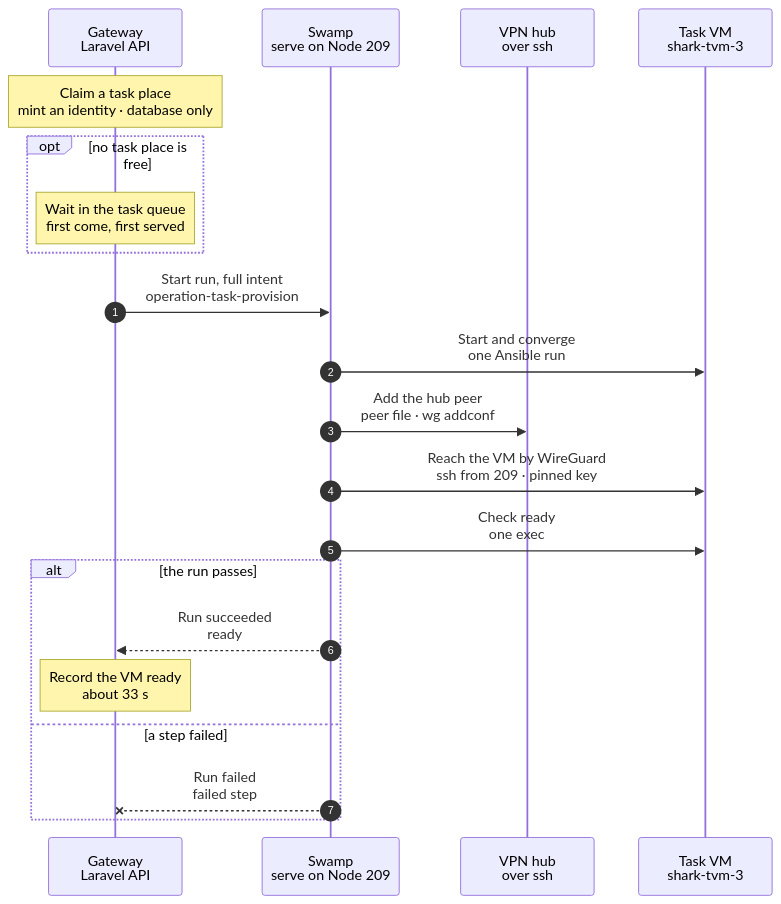
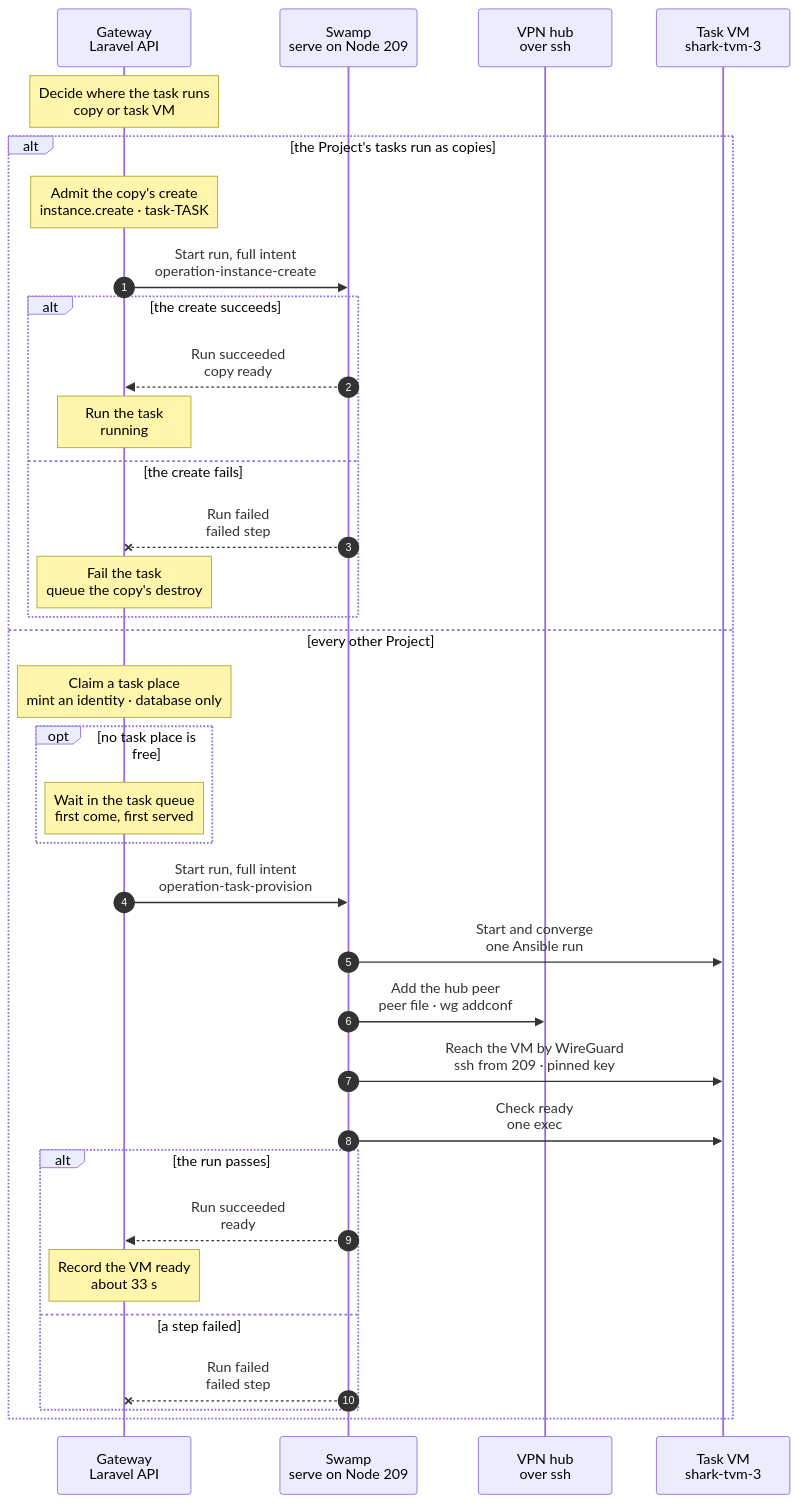
Before and after one commit to hardimpactdev/orbit: the diagram in docs/cli/task/start.mmd, drawn with Mermaid. The commit also changed 6 other files, not shown here.

Commit message:
docs(tasks): a task of a nested-fleet Project starts as a copy of its default

```diff
--- a/docs/cli/task/start.mmd
+++ b/docs/cli/task/start.mmd
@@ -1,5 +1,6 @@
 sequenceDiagram
   %% Target design (agreed with Nick, 2026-11-07): a task start copies the host's base VM snapshot and gives the copy a fresh identity. There are no fixed VM identities: a place is only room under the host's capacity (`task_places`), and the VM is named `<host>-tvm-<n>` by its place number.
+  %% Orchestrator 2026-11-13: a task of a nested-fleet Project starts as a copy of its default Instance instead: a clone `task-<id>` that the task owns. Task VMs stay off in the live fleet.
   %% status: draft
   %% command: task:start
   %% kind: tasks.provision
@@ -12,62 +13,92 @@
   participant SW as Swamp<br/>serve on Node 209
   participant HUB as VPN hub<br/>over ssh
   participant VM as Task VM<br/>shark-tvm-3
-  Note over GW: Claim a task place<br/>mint an identity · database only
-  %%> Started by:
-  %%> - `task:start` for a todo group, from proof CI or feature work
-  %%> Result:
-  %%> - a group of a Project with `nested_fleet` on is refused at once with `operation.kind_unavailable` (503): no place, identity, workspace, wait or Operation is recorded, because only `instance:create` makes Instances of such a Project, as containers; a waiting Operation that reaches the claim fails with the same code
-  %%> - a group of any Project but the proof Project is refused at once with `task_vm.project_unsupported`: the base carries only the proof Project's checkout, so no free place can serve it, and it never joins the wait queue
-  %%> - a task place in the separate task pool; a full pool waits up to two hours without an identity or workspace
-  %%> - the lowest free place number under the capacity of the host with the most room: `shark-tvm-3`
-  %%> - a fresh identity: the Node record with its `app-dev` role, a WireGuard key pair, the agent secret and an SSH host key, pinned on the Node from the start so nothing is read back
-  %%> - the claim's Pi token and Pi models file in the vault; the file holds the model router guard origin and the one fixed model key, the same for every VM
-  opt no task place is free
-    Note over GW: Wait in the task queue<br/>first come, first served
+  Note over GW: Decide where the task runs<br/>copy or task VM
+  %%> What it does:
+  %%> - `InstancePlacement::taskRuntime` reads the Project's `nested_fleet` flag once: on, the task starts as a copy of the Project's default Instance; off, it takes a task VM
+  %%> - no other step reads the flag; the task VM steps refuse a copy Project as before
+  alt the Project's tasks run as copies
+    Note over GW: Admit the copy's create<br/>instance.create · task-TASK
+    %%> Requirements:
+    %%> - the task is in todo and holds no workspace; otherwise `tasks.not_todo` or `tasks.group_closed`
+    %%> - the Project's default Instance is active and running, with a seed snapshot; otherwise HTTP 409 `tasks.copy_source_unavailable`, also for a stopped default, and nothing is recorded
+    %%> - no Instance is named `task-TASK` yet; otherwise `tasks.copy_name_taken`
+    %%> - the default's Node holds fewer task copies than the Gateway's `ORBIT_TASKS_COPIES_MAX` (default 1); every copy that a task owns counts, also one that fails or is being destroyed; otherwise `tasks.copy_capacity_full`, with no wait
     %%> What it does:
-    %%> - records the Operation as `waiting`, with the caller's request as its input; no VM, identity or workspace yet
-    %%> - retries the claim every 20 s, in queue order, for up to two hours; then fails with `tasks.capacity_timeout`
-    %%> Returns:
-    %%> - `operation:show` gives the input, `poll_after_seconds` 20 and `capacity_wait`: the queue position and the groups that hold the task places, each with its status and last activity
-    %%> - `task:show` gives the same `capacity_wait` on the group; `task:status` gives the places of every host and the whole queue
-    %%> Next:
-    %%> - a place frees when a holder publishes, ends or is cancelled; the claim then runs as above
+    %%> - one transaction: the clone `task-TASK` on branch `task-TASK`, owned by the task and bound to it, the task `reserved`, and the `instance.create` Operation that `task:start` returns and follows
+    %%> - Swamp starts the run only after that commit: a Gateway that stops before it leaves no record and no run
+    %%> Result:
+    %%> - the create runs as every clone's does: the copy of the default's seed, its inner fleet when the Project has one, its T3 server registered with Conn (the container create chart)
+    %%> - the copy's agent gets the fixed task model key, as every clone does: it is not per task
+    GW->>SW: Start run, full intent<br/>operation-instance-create
+    alt the create succeeds
+      SW-->>GW: Run succeeded<br/>copy ready
+      Note over GW: Run the task<br/>running
+    else the create fails
+      SW--xGW: Run failed<br/>failed step
+      Note over GW: Fail the task<br/>queue the copy's destroy
+      %%> On failure:
+      %%> - the task is `failed` and still owns the copy; a queued job admits `instance:destroy` of the copy with force
+      %%> - when that destroy fails, or the run never reported, the task keeps the copy: `task:cancel` admits the destroy again, and `orbit instance:destroy ID --yes --force` does too
+    end
+  else every other Project
+    Note over GW: Claim a task place<br/>mint an identity · database only
+    %%> Started by:
+    %%> - `task:start` for a todo group, from proof CI or feature work
+    %%> Result:
+    %%> - the claim itself refuses a Project with `nested_fleet` on with `operation.kind_unavailable` (503), for the other kinds that claim a place, such as `tasks.prep`: no place, identity, workspace, wait or Operation is recorded; a waiting Operation that reaches the claim fails with the same code
+    %%> - a group of any Project but the proof Project is refused at once with `task_vm.project_unsupported`: the base carries only the proof Project's checkout, so no free place can serve it, and it never joins the wait queue
+    %%> - a task place in the separate task pool; a full pool waits up to two hours without an identity or workspace
+    %%> - the lowest free place number under the capacity of the host with the most room: `shark-tvm-3`
+    %%> - a fresh identity: the Node record with its `app-dev` role, a WireGuard key pair, the agent secret and an SSH host key, pinned on the Node from the start so nothing is read back
+    %%> - the claim's Pi token and Pi models file in the vault; the file holds the model router guard origin and the one fixed model key, the same for every VM
+    opt no task place is free
+      Note over GW: Wait in the task queue<br/>first come, first served
+      %%> What it does:
+      %%> - records the Operation as `waiting`, with the caller's request as its input; no VM, identity or workspace yet
+      %%> - retries the claim every 20 s, in queue order, for up to two hours; then fails with `tasks.capacity_timeout`
+      %%> Returns:
+      %%> - `operation:show` gives the input, `poll_after_seconds` 20 and `capacity_wait`: the queue position and the groups that hold the task places, each with its status and last activity
+      %%> - `task:show` gives the same `capacity_wait` on the group; `task:status` gives the places of every host and the whole queue
+      %%> Next:
+      %%> - a place frees when a holder publishes, ends or is cancelled; the claim then runs as above
+    end
+    GW->>SW: Start run, full intent<br/>operation-task-provision
+    SW->>VM: Start and converge<br/>one Ansible run
+    %%> What it does:
+    %%> - one `ansible-playbook` run with two parts, and no second start: the host part runs on the task VM host over ssh, then the converge runs on the VM over WireGuard
+    %%> - host part: `incus copy` of the base VM's recorded snapshot and a clone of its seed snapshot (ZFS clones); an identity volume of the VM with the identity and the claim (the Pi token and the Pi models file), pushed from the vault on stdin; then `incus start`. It waits for nothing in the guest
+    %%> - Pi calls the guard with the fixed key from the VM's own WireGuard address; the start makes no model router call and registers no key
+    %%> - at boot, the base's `orbit-identity` unit applies the identity volume before sshd, WireGuard and the agent start, then unmounts it; sshd answers over WireGuard about 12 s after the start (measured 2026-11-07)
+    %%> - the containers start by themselves (`boot.autostart`) and already hold the proof Swamp Club key of the base
+    %%> - converge part: the same Ansible converge as the release refresh, with the address and host key of the admission; it waits up to 300 s for a successful SSH connection over WireGuard, polling every second, then waits for cloud-init; a fast boot continues at once
+    %%> - the glue is one write of the intent and the step that builds the playbook input and starts Ansible; nothing is read from the host
+    %%> - with no delta every part is skipped, each phase as one skipped task (a dynamic include), and it catches up a small delta when main moved since the last release
+    %%> - the nested Gateway's services restart only when `apps/gateway` changed since the base, and its agent delivery manifest is placed only when the pinned agent build changed; a commit that changes neither does neither
+    %%> - the containers' `base` snapshots belong to the refresh: a task start never retakes them
+    %%> - then the new task branch on the checkout; it waits for no nested service
+    SW->>HUB: Add the hub peer<br/>peer file · wg addconf
+    %%> Runs beside the step before it: Swamp starts both at once.
+    %%> What it does:
+    %%> - the VM's public key and address on the WireGuard hub, while the VM boots; the converge part waits for the connection, and the readiness steps below wait for this step
+    SW->>VM: Reach the VM by WireGuard<br/>ssh from 209 · pinned key
+    %%> What it does:
+    %%> - the path every later step takes (sync, check, turn, script): ssh from a Swamp worker to the VM's WireGuard address with its pinned host key
+    %%> - runs beside the readiness read
+    SW->>VM: Check ready<br/>one exec
+    %%> What it does:
+    %%> - what a task needs: the agent, Pi, the tunnel and the three containers running; Swamp's `assert` decides
+    %%> - the tunnel counts as up once WireGuard has a handshake with the hub; the hub answers no ping from a task VM
+    alt the run passes
+      SW-->>GW: Run succeeded<br/>ready
+      Note over GW: Record the VM ready<br/>about 33 s
+      %%> Measured 2026-11-07, three starts on a current base: 32-34 s from admission to ready, above the earlier target of 10-15 s:
+      %%> - Swamp writes the intent 1 s; the Ansible run 28 s: its own start 2 s, host part 8 s, wait for sshd 12 s, converge 6 s; the playbook input is removed 2 s; readiness 2 s
+      %%> - what is left to cut: the wait for sshd (VM boot) and the host part (about 14 `incus` calls for the identity)
+      %%> - one start with a commit three commits past the base, with a changed migration, took 45 s: the nested Gateway's migrate 7 s and restart 1 s, and the rest in the checkout and the delta's work
+    else a step failed
+      SW--xGW: Run failed<br/>failed step
+      %%> On failure:
+      %%> - the release runs: the VM, its seed clone, its identity volume, the hub peer, the keys and the Node record go, and the place is free
+    end
   end
-  GW->>SW: Start run, full intent<br/>operation-task-provision
-  SW->>VM: Start and converge<br/>one Ansible run
-  %%> What it does:
-  %%> - one `ansible-playbook` run with two parts, and no second start: the host part runs on the task VM host over ssh, then the converge runs on the VM over WireGuard
-  %%> - host part: `incus copy` of the base VM's recorded snapshot and a clone of its seed snapshot (ZFS clones); an identity volume of the VM with the identity and the claim (the Pi token and the Pi models file), pushed from the vault on stdin; then `incus start`. It waits for nothing in the guest
-  %%> - Pi calls the guard with the fixed key from the VM's own WireGuard address; the start makes no model router call and registers no key
-  %%> - at boot, the base's `orbit-identity` unit applies the identity volume before sshd, WireGuard and the agent start, then unmounts it; sshd answers over WireGuard about 12 s after the start (measured 2026-11-07)
-  %%> - the containers start by themselves (`boot.autostart`) and already hold the proof Swamp Club key of the base
-  %%> - converge part: the same Ansible converge as the release refresh, with the address and host key of the admission; it waits up to 300 s for a successful SSH connection over WireGuard, polling every second, then waits for cloud-init; a fast boot continues at once
-  %%> - the glue is one write of the intent and the step that builds the playbook input and starts Ansible; nothing is read from the host
-  %%> - with no delta every part is skipped, each phase as one skipped task (a dynamic include), and it catches up a small delta when main moved since the last release
-  %%> - the nested Gateway's services restart only when `apps/gateway` changed since the base, and its agent delivery manifest is placed only when the pinned agent build changed; a commit that changes neither does neither
-  %%> - the containers' `base` snapshots belong to the refresh: a task start never retakes them
-  %%> - then the new task branch on the checkout; it waits for no nested service
-  SW->>HUB: Add the hub peer<br/>peer file · wg addconf
-  %%> Runs beside the step before it: Swamp starts both at once.
-  %%> What it does:
-  %%> - the VM's public key and address on the WireGuard hub, while the VM boots; the converge part waits for the connection, and the readiness steps below wait for this step
-  SW->>VM: Reach the VM by WireGuard<br/>ssh from 209 · pinned key
-  %%> What it does:
-  %%> - the path every later step takes (sync, check, turn, script): ssh from a Swamp worker to the VM's WireGuard address with its pinned host key
-  %%> - runs beside the readiness read
-  SW->>VM: Check ready<br/>one exec
-  %%> What it does:
-  %%> - what a task needs: the agent, Pi, the tunnel and the three containers running; Swamp's `assert` decides
-  %%> - the tunnel counts as up once WireGuard has a handshake with the hub; the hub answers no ping from a task VM
-  alt the run passes
-    SW-->>GW: Run succeeded<br/>ready
-    Note over GW: Record the VM ready<br/>about 33 s
-    %%> Measured 2026-11-07, three starts on a current base: 32-34 s from admission to ready, above the earlier target of 10-15 s:
-    %%> - Swamp writes the intent 1 s; the Ansible run 28 s: its own start 2 s, host part 8 s, wait for sshd 12 s, converge 6 s; the playbook input is removed 2 s; readiness 2 s
-    %%> - what is left to cut: the wait for sshd (VM boot) and the host part (about 14 `incus` calls for the identity)
-    %%> - one start with a commit three commits past the base, with a changed migration, took 45 s: the nested Gateway's migrate 7 s and restart 1 s, and the rest in the checkout and the delta's work
-  else a step failed
-    SW--xGW: Run failed<br/>failed step
-    %%> On failure:
-    %%> - the release runs: the VM, its seed clone, its identity volume, the hub peer, the keys and the Node record go, and the place is free
-  end
```
